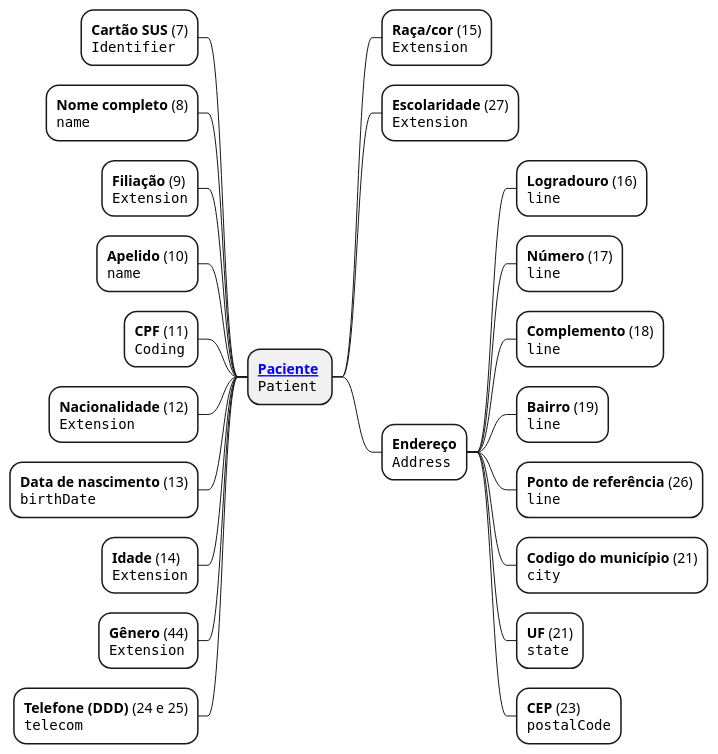
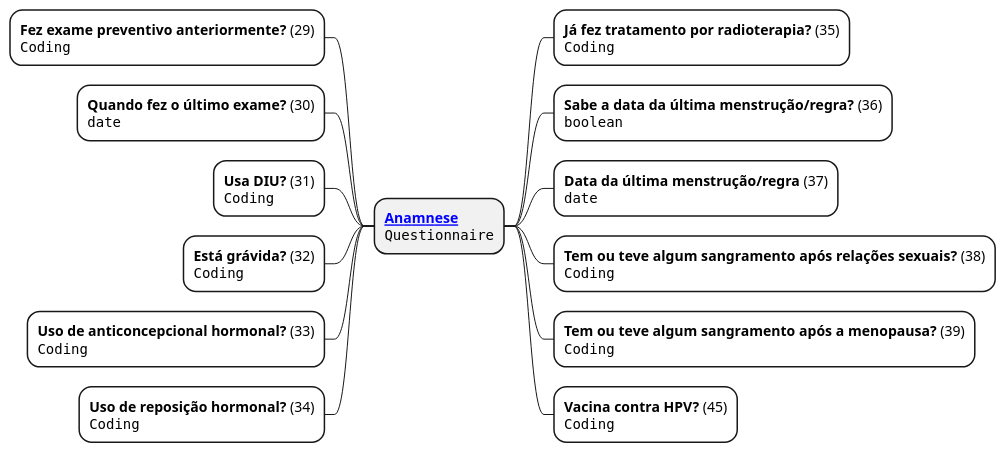
One commit to kyriosdata/farol changed the diagram in input/images-source/anamnese.plantuml. Above: the diagram before and after it, drawn with PlantUML. The commit also changed 2 other files, not shown here.

```diff
--- a/input/images-source/anamnese.plantuml
+++ b/input/images-source/anamnese.plantuml
@@ -1,27 +1,17 @@
 @startmindmap anamnese
 
-+ **[[StructureDefinition-paciente.html Paciente]] **\n""Patient""
---[#White] **Cartão SUS** (7)\n""Identifier""
---[#White] **Nome completo** (8)\n""name""
---[#White] **Filiação** (9)\n""Extension""
---[#White] **Apelido** (10)\n""name""
---[#White] **CPF** (11)\n""Coding""
---[#White] **Nacionalidade** (12)\n""Extension""
---[#White] **Data de nascimento** (13)\n""birthDate""
---[#White] **Idade** (14)\n""Extension""
---[#White] **Gênero** (44)\n""Extension""
---[#White] **Telefone (DDD)** (24 e 25)\n""telecom""
-++[#White] **Raça/cor** (15)\n""Extension""
-++[#White] **Escolaridade** (27)\n""Extension""
-++[#White] **Endereço**\n""Address""
-+++[#White] **Logradouro** (16)\n""line""
-+++[#White] **Número** (17)\n""line""
-+++[#White] **Complemento** (18)\n""line""
-+++[#White] **Bairro** (19)\n""line""
-+++[#White] **Ponto de referência** (26)\n""line""
-+++[#White] **Codigo do município** (21)\n""city""
-+++[#White] **UF** (21)\n""state""
-+++[#White] **CEP** (23)\n""postalCode""
-
++ **[[Questionnaire-anamnese-exame-citopatologico.html Anamnese]]**\n""Questionnaire""
+--[#White] **Fez exame preventivo anteriormente?** (29)\n""Coding""
+--[#White] **Quando fez o último exame?** (30)\n""date""
+--[#White] **Usa DIU?** (31)\n""Coding""
+--[#White] **Está grávida?** (32)\n""Coding""
+--[#White] **Uso de anticoncepcional hormonal?** (33)\n""Coding""
+--[#White] **Uso de reposição hormonal?** (34)\n""Coding""
+++[#White] **Já fez tratamento por radioterapia?** (35)\n""Coding""
+++[#White] **Sabe a data da última menstrução/regra?** (36)\n""boolean""
+++[#White] **Data da última menstrução/regra** (37)\n""date""
+++[#White] **Tem ou teve algum sangramento após relações sexuais?** (38)\n""Coding""
+++[#White] **Tem ou teve algum sangramento após a menopausa?** (39)\n""Coding""
+++[#White] **Vacina contra HPV?** (45)\n""Coding""
 
 @enduml
```
